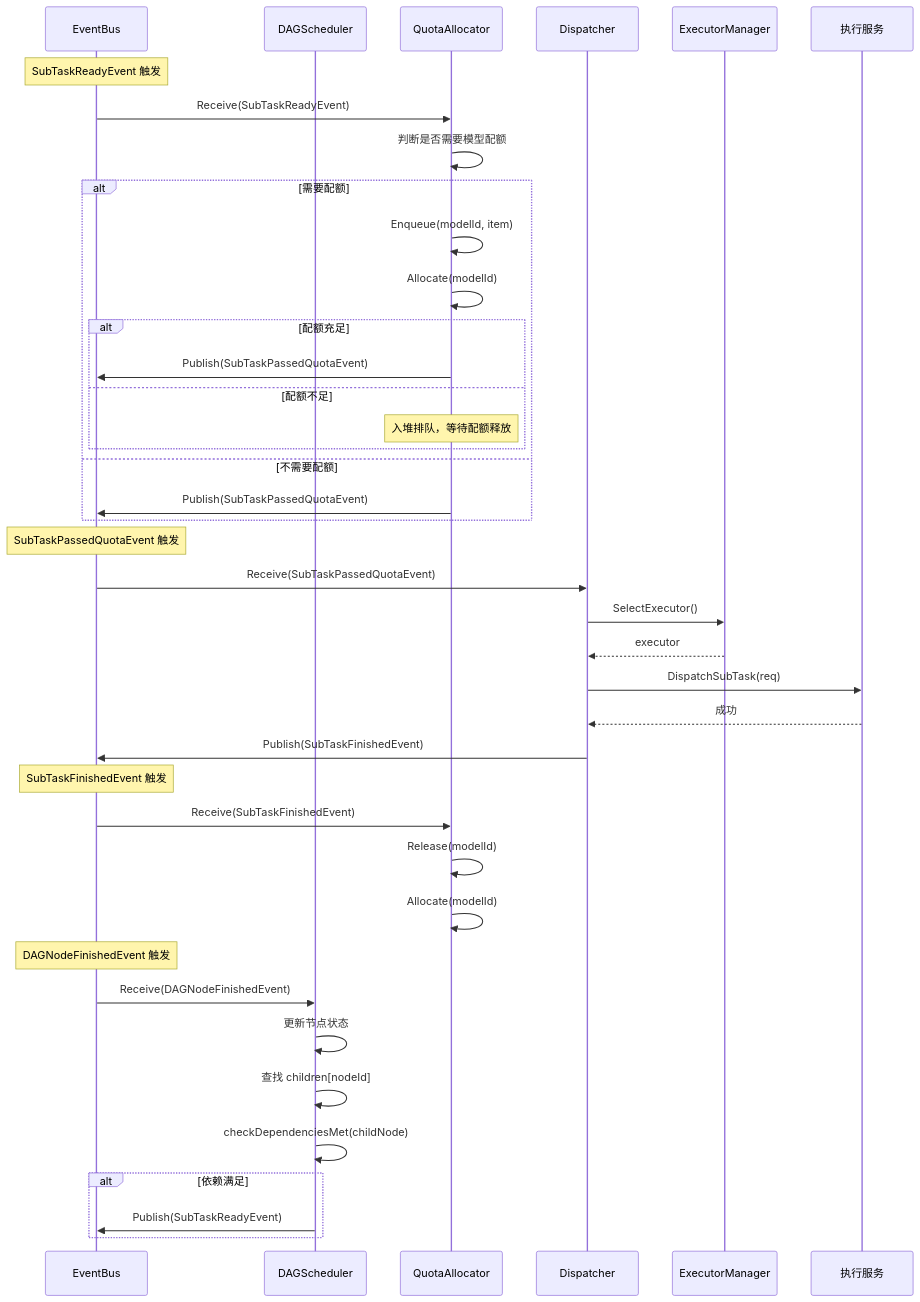
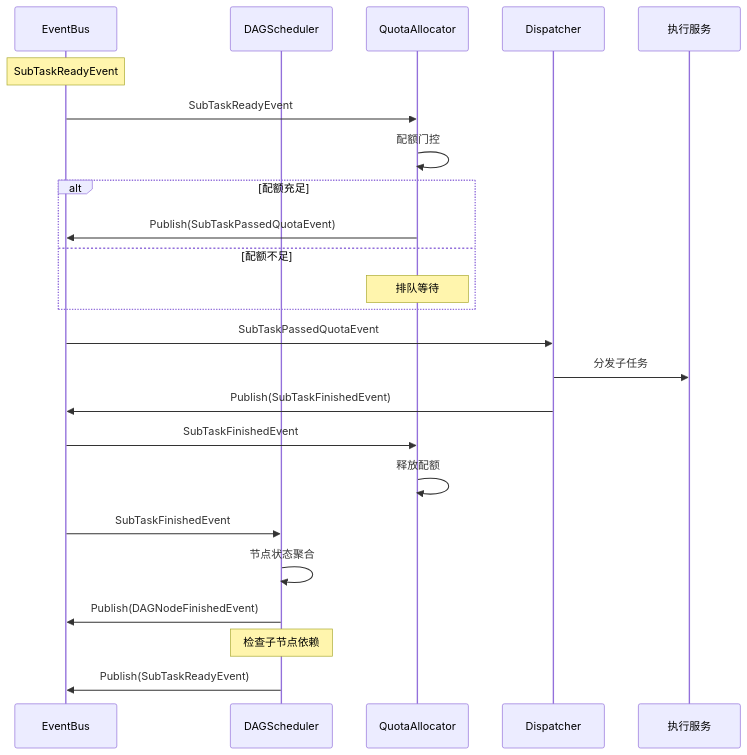
One commit to njuxumq/agent-eval-server changed the fifth of 8 diagrams in docs/designs/模块设计文档.md. Above: the diagram before and after it, drawn with Mermaid. The commit also changed other lines of this file and 15 other files, not shown here.

````diff
--- a/docs/designs/模块设计文档.md
+++ b/docs/designs/模块设计文档.md
@@ -976,50 +395,32 @@
 ```mermaid
 sequenceDiagram
     participant EB as EventBus
-    participant DS as DAGScheduler
-    participant QA as QuotaAllocator
-    participant DP as Dispatcher
-    participant EM as ExecutorManager
+    participant Scheduler as DAGScheduler
+    participant Quota as QuotaAllocator
+    participant Dispatcher as Dispatcher
     participant Executor as 执行服务
 
-    Note over EB: SubTaskReadyEvent 触发
+    Note over EB: SubTaskReadyEvent
 
-    EB->>QA: Receive(SubTaskReadyEvent)
-    QA->>QA: 判断是否需要模型配额
-    alt 需要配额
-        QA->>QA: Enqueue(modelId, item)
-        QA->>QA: Allocate(modelId)
-        alt 配额充足
-            QA->>EB: Publish(SubTaskPassedQuotaEvent)
-        else 配额不足
-            Note over QA: 入堆排队，等待配额释放
-        end
-    else 不需要配额
-        QA->>EB: Publish(SubTaskPassedQuotaEvent)
+    EB->>Quota: SubTaskReadyEvent
+    Quota->>Quota: 配额门控
+    alt 配额充足
+        Quota->>EB: Publish(SubTaskPassedQuotaEvent)
+    else 配额不足
+        Note over Quota: 排队等待
     end
 
-    Note over EB: SubTaskPassedQuotaEvent 触发
+    EB->>Dispatcher: SubTaskPassedQuotaEvent
+    Dispatcher->>Executor: 分发子任务
+    Dispatcher->>EB: Publish(SubTaskFinishedEvent)
 
-    EB->>DP: Receive(SubTaskPassedQuotaEvent)
-    DP->>EM: SelectExecutor()
-    EM-->>DP: executor
-    DP->>Executor: DispatchSubTask(req)
-    Executor-->>DP: 成功
-    DP->>EB: Publish(SubTaskFinishedEvent)
+    EB->>Quota: SubTaskFinishedEvent
+    Quota->>Quota: 释放配额
 
-    Note over EB: SubTaskFinishedEvent 触发
+    EB->>Scheduler: SubTaskFinishedEvent
+    Scheduler->>Scheduler: 节点状态聚合
+    Scheduler->>EB: Publish(DAGNodeFinishedEvent)
 
-    EB->>QA: Receive(SubTaskFinishedEvent)
-    QA->>QA: Release(modelId)
-    QA->>QA: Allocate(modelId)
-
-    Note over EB: DAGNodeFinishedEvent 触发
-
-    EB->>DS: Receive(DAGNodeFinishedEvent)
-    DS->>DS: 更新节点状态
-    DS->>DS: 查找 children[nodeId]
-    DS->>DS: checkDependenciesMet(childNode)
-    alt 依赖满足
-        DS->>EB: Publish(SubTaskReadyEvent)
-    end
+    Note over Scheduler: 检查子节点依赖
+    Scheduler->>EB: Publish(SubTaskReadyEvent)
 ```
````
